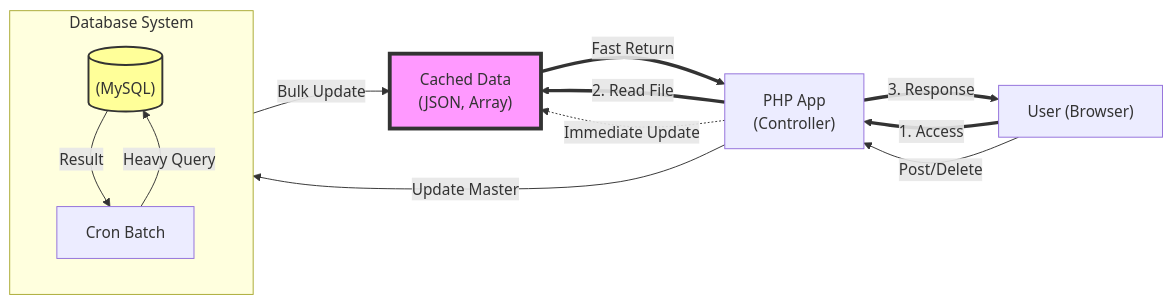
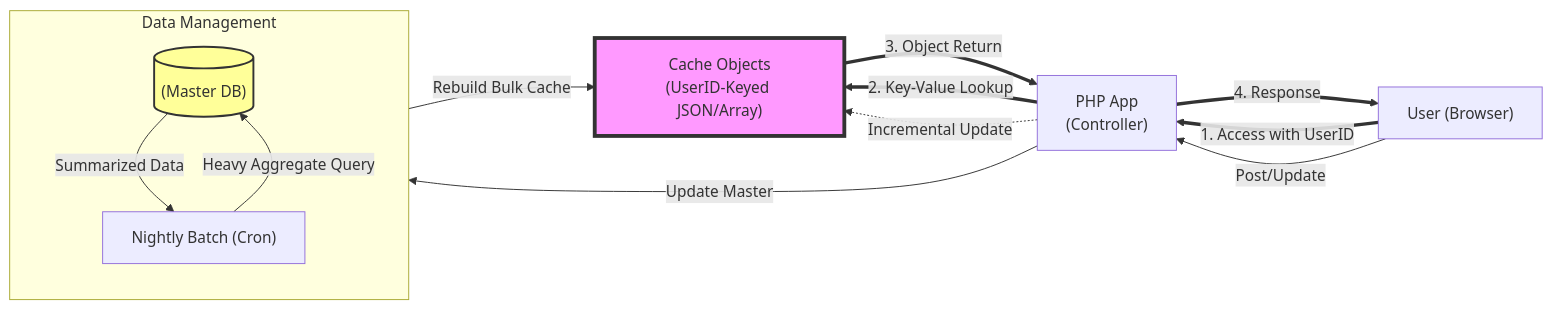
Before and after one commit to mf1005/mf1005: the first of 2 diagrams in README.md, drawn with Mermaid.

````diff
--- a/README.md
+++ b/README.md
@@ -37,32 +37,32 @@
 ```mermaid
 graph LR
  %% ノード定義
  User["User (Browser)"]
  App["PHP App<br>(Controller)"]
- Cache["Cached Data<br>(JSON, Array)"]
+ Cache["Cache Objects<br>(UserID-Keyed JSON/Array)"]
  
- subgraph Storage ["Database System"]
+ subgraph Storage ["Data Management"]
  direction TB
- DB[("(MySQL)")]
- Cron["Cron Batch"]
+ DB[("(Master DB)")]
+ Cron["Nightly Batch (Cron)"]
  end
 
- %% 1. 読み込み (Read)
- User == "1. Access" ==> App
- App == "2. Read File" ==> Cache
- Cache == "Fast Return" ==> App
- App == "3. Response" ==> User
+ %% 1. 読み込み (Read) - DBを完全に回避
+ User == "1. Access with UserID" ==> App
+ App == "2. Key-Value Lookup" ==> Cache
+ Cache == "3. Object Return" ==> App
+ App == "4. Response" ==> User
 
- %% 2. 書き込み (Write) - ここを修正
- User -- "Post/Delete" --> App
+ %% 2. 書き込み (Write) - DB更新とキャッシュへの即時反映
+ User -- "Post/Update" --> App
  App -- "Update Master" --> DB
- App -.-> |"Immediate Update"| Cache
+ App -.-> |"Incremental Update"| Cache
 
- %% 3. バッチ (Batch)
- Cron -- "Heavy Query" --> DB
- DB -- "Result" --> Cron
- Cron -- "Bulk Update" --> Cache
+ %% 3. バッチ更新 (Batch) - 重い集計の肩代わり
+ Cron -- "Heavy Aggregate Query" --> DB
+ DB -- "Summarized Data" --> Cron
+ Cron -- "Rebuild Bulk Cache" --> Cache
 
  style Cache fill:#f9f,stroke:#333,stroke-width:4px
  style DB fill:#ff9,stroke:#333,stroke-width:2px
 ```
````
